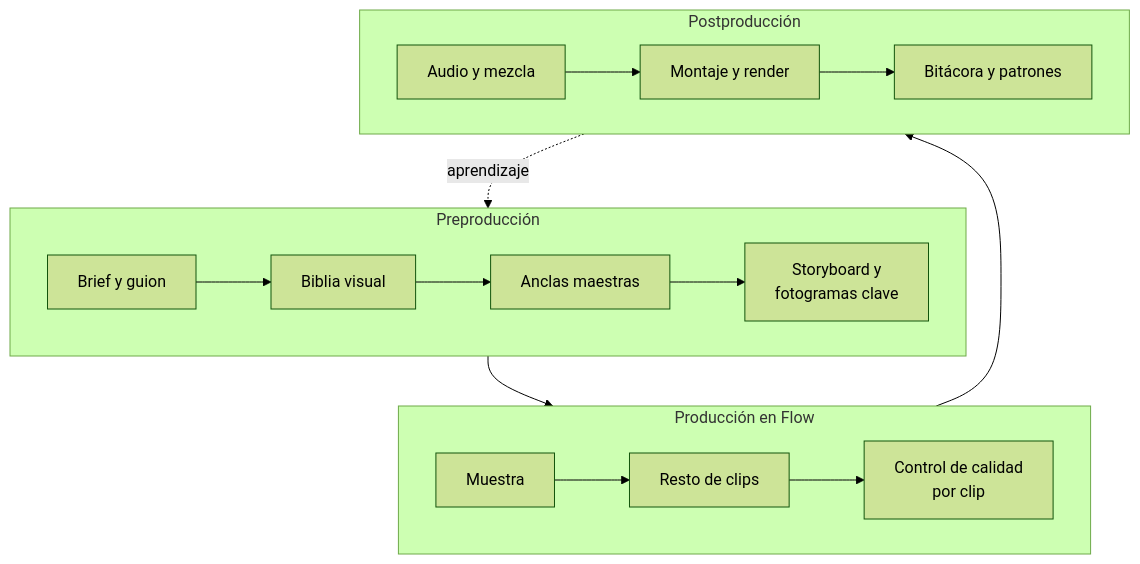
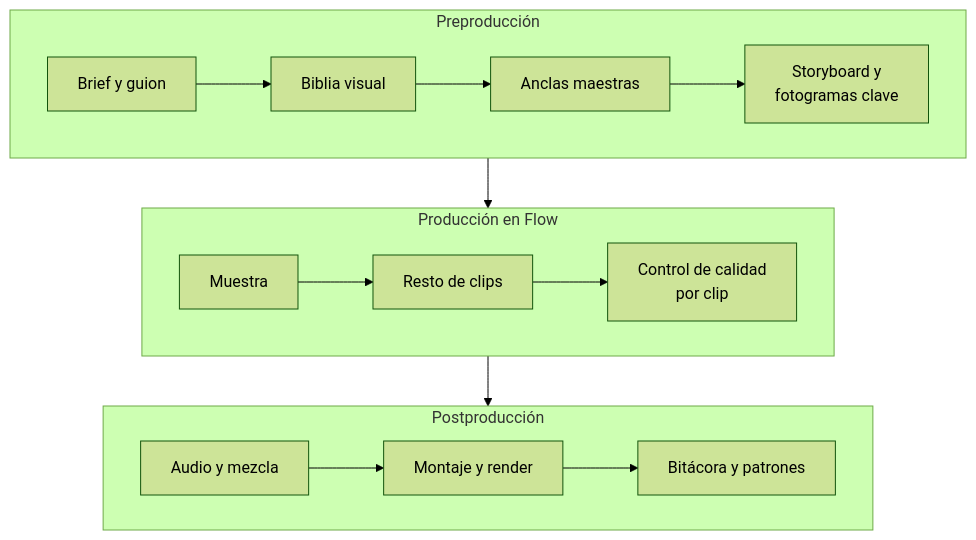
One commit to Dvanielx03/googleflow-studio changed the diagram in README.md. Above: the diagram before and after it, drawn with Mermaid (forest theme). The commit also changed other lines of this file, not shown here.

Commit message:
:lipstick: SimplifyPipelineDiagramFlow

````diff
--- a/README.md
+++ b/README.md
@@ -45,17 +45,16 @@
 ```mermaid
 flowchart TB
     subgraph PRE [Preproducción]
         direction LR
         A[Brief y guion] --> B[Biblia visual] --> C[Anclas maestras] --> D[Storyboard y<br/>fotogramas clave]
     end
     subgraph PRO [Producción en Flow]
         direction LR
         E[Muestra] --> F[Resto de clips] --> G[Control de calidad<br/>por clip]
     end
     subgraph POST [Postproducción]
         direction LR
         H[Audio y mezcla] --> I[Montaje y render] --> J[Bitácora y patrones]
     end
     PRE --> PRO --> POST
-    POST -. aprendizaje .-> PRE
 ```
````
